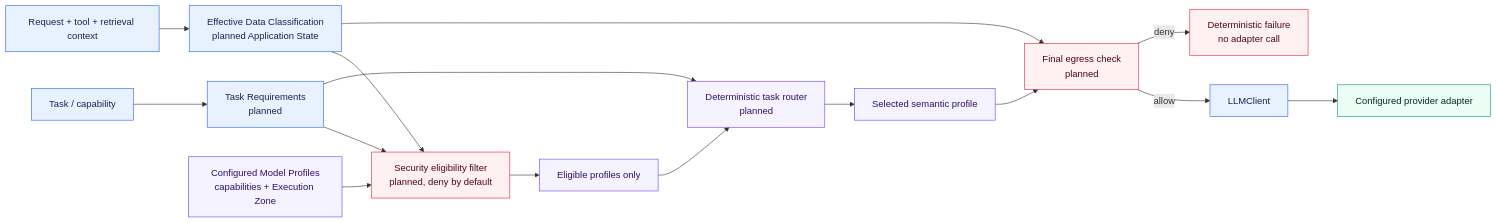
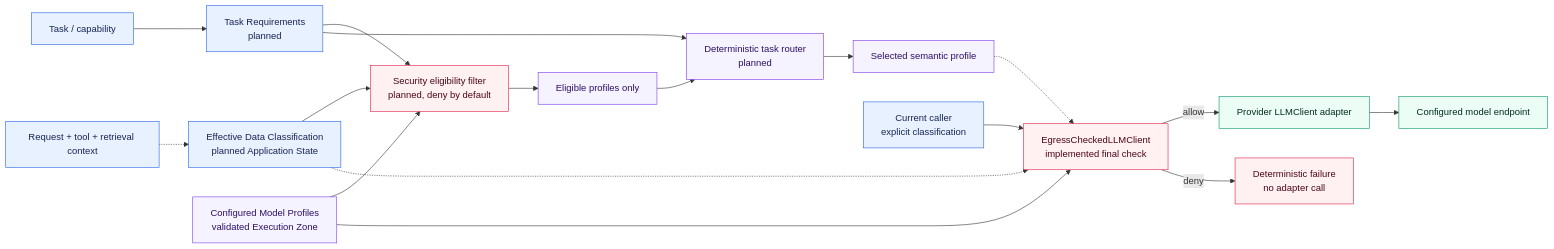
Before and after one commit to aboerzel/industrial-ai-agent: the eighth of 10 diagrams in docs/architecture/overview.md, drawn with Mermaid. The commit also changed other lines of this file and 13 other files, not shown here.

Commit message:
feat: enforce model data egress policy

````diff
--- a/docs/architecture/overview.md
+++ b/docs/architecture/overview.md
@@ -401,26 +416,28 @@
 ```mermaid
 flowchart LR
     Task["Task / capability"] --> Requirements["Task Requirements<br/>planned"]
-    Context["Request + tool + retrieval context"] --> Classification["Effective Data Classification<br/>planned Application State"]
+    Context["Request + tool + retrieval context"] -.-> Classification["Effective Data Classification<br/>planned Application State"]
     Requirements --> Eligibility["Security eligibility filter<br/>planned, deny by default"]
     Classification --> Eligibility
-    Profiles["Configured Model Profiles<br/>capabilities + Execution Zone"] --> Eligibility
+    Profiles["Configured Model Profiles<br/>validated Execution Zone"] --> Eligibility
     Eligibility --> Eligible["Eligible profiles only"]
     Eligible --> Router["Deterministic task router<br/>planned"]
     Requirements --> Router
     Router --> Selected["Selected semantic profile"]
-    Selected --> FinalCheck["Final egress check<br/>planned"]
-    Classification --> FinalCheck
-    FinalCheck -->|"allow"| Client["LLMClient"]
+    Caller["Current caller<br/>explicit classification"] --> FinalCheck["EgressCheckedLLMClient<br/>implemented final check"]
+    Selected -.-> FinalCheck
+    Profiles --> FinalCheck
+    Classification -.-> FinalCheck
+    FinalCheck -->|"allow"| Client["Provider LLMClient adapter"]
     FinalCheck -->|"deny"| Failure["Deterministic failure<br/>no adapter call"]
-    Client --> Adapter["Configured provider adapter"]
+    Client --> Endpoint["Configured model endpoint"]
 
     classDef core fill:#e8f1ff,stroke:#2563eb,color:#172554
     classDef security fill:#fff1f2,stroke:#e11d48,color:#4c0519
     classDef routing fill:#f5f3ff,stroke:#7c3aed,color:#2e1065
     classDef adapter fill:#ecfdf5,stroke:#059669,color:#022c22
-    class Task,Requirements,Context,Classification,Client core
+    class Task,Requirements,Context,Classification,Caller core
     class Eligibility,FinalCheck,Failure security
     class Profiles,Eligible,Router,Selected routing
-    class Adapter adapter
+    class Client,Endpoint adapter
 ```
````
